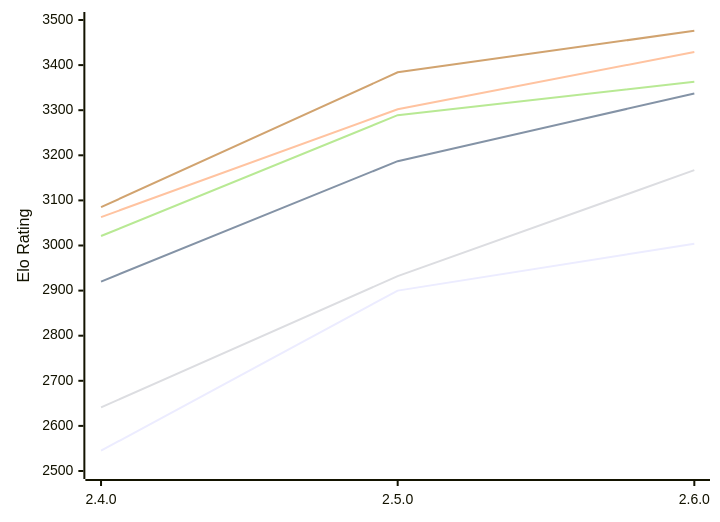
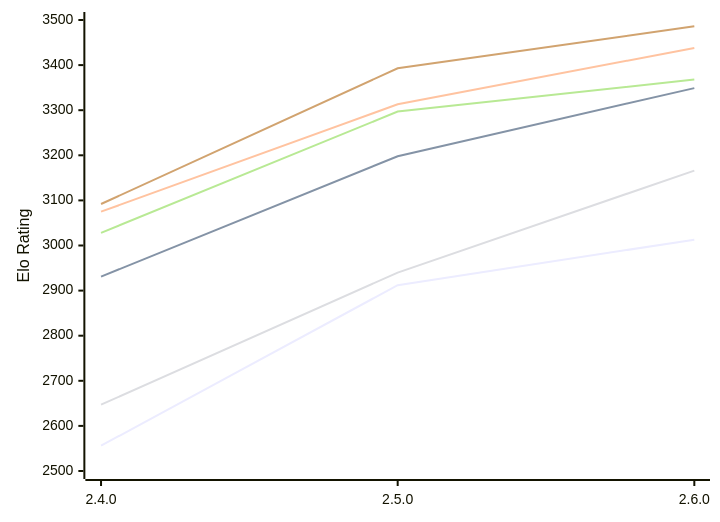
Before and after one commit to computer-chess-index/cci: the diagram in engines/Rarog.md, drawn with Mermaid. The commit also changed other lines of this file, not shown here.

Commit message:
Update CCI Ratings (ELO VLTC) - 2026-10-25

````diff
--- a/engines/Rarog.md
+++ b/engines/Rarog.md
@@ -51,12 +51,12 @@
 ```mermaid
 %%{init: {"theme":"base","themeVariables":{"seriesColors:['#a3a3a3','#222221','#faa371']}}}%%
 xychart-beta
   x-axis ["2.4.0", "2.5.0", "2.6.0"]
   y-axis "Elo Rating" 2500 --> 3500
-  line "E1: STC (8.0+0.08s)" [2545, 2900, 3004]
-  line "E1: LTC (60.0+0.60s)" [2920, 3187, 3337]
-  line "E1: VLTC (2m24s+1.12s)" [3063, 3302, 3429]
-  line "P1: STC (8.0+0.08s)" [2641, 2932, 3167]
-  line "P1: LTC (60.0+0.60s)" [3021, 3289, 3363]
-  line "P1: VLTC (2m24s+1.12s)" [3085, 3384, 3476]
+  line "E1: STC (8.0+0.08s)" [2556, 2912, 3013]
+  line "E1: LTC (60.0+0.60s)" [2931, 3198, 3349]
+  line "E1: VLTC (2m24s+1.12s)" [3075, 3313, 3438]
+  line "P1: STC (8.0+0.08s)" [2647, 2940, 3166]
+  line "P1: LTC (60.0+0.60s)" [3028, 3297, 3368]
+  line "P1: VLTC (2m24s+1.12s)" [3092, 3393, 3486]
 ```
````
